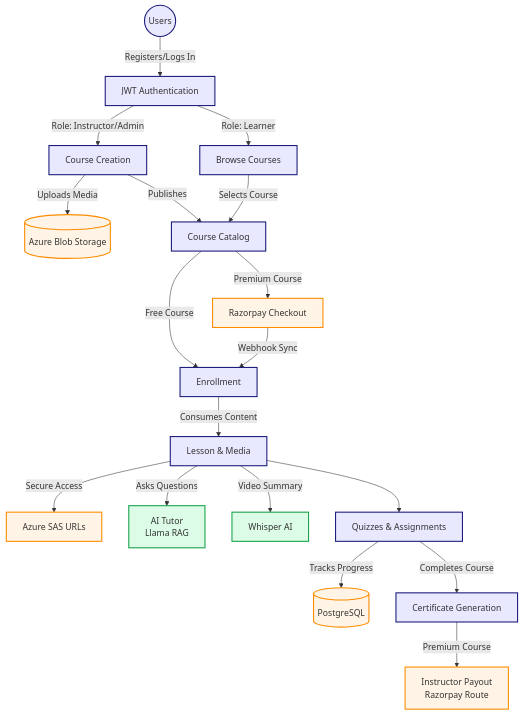
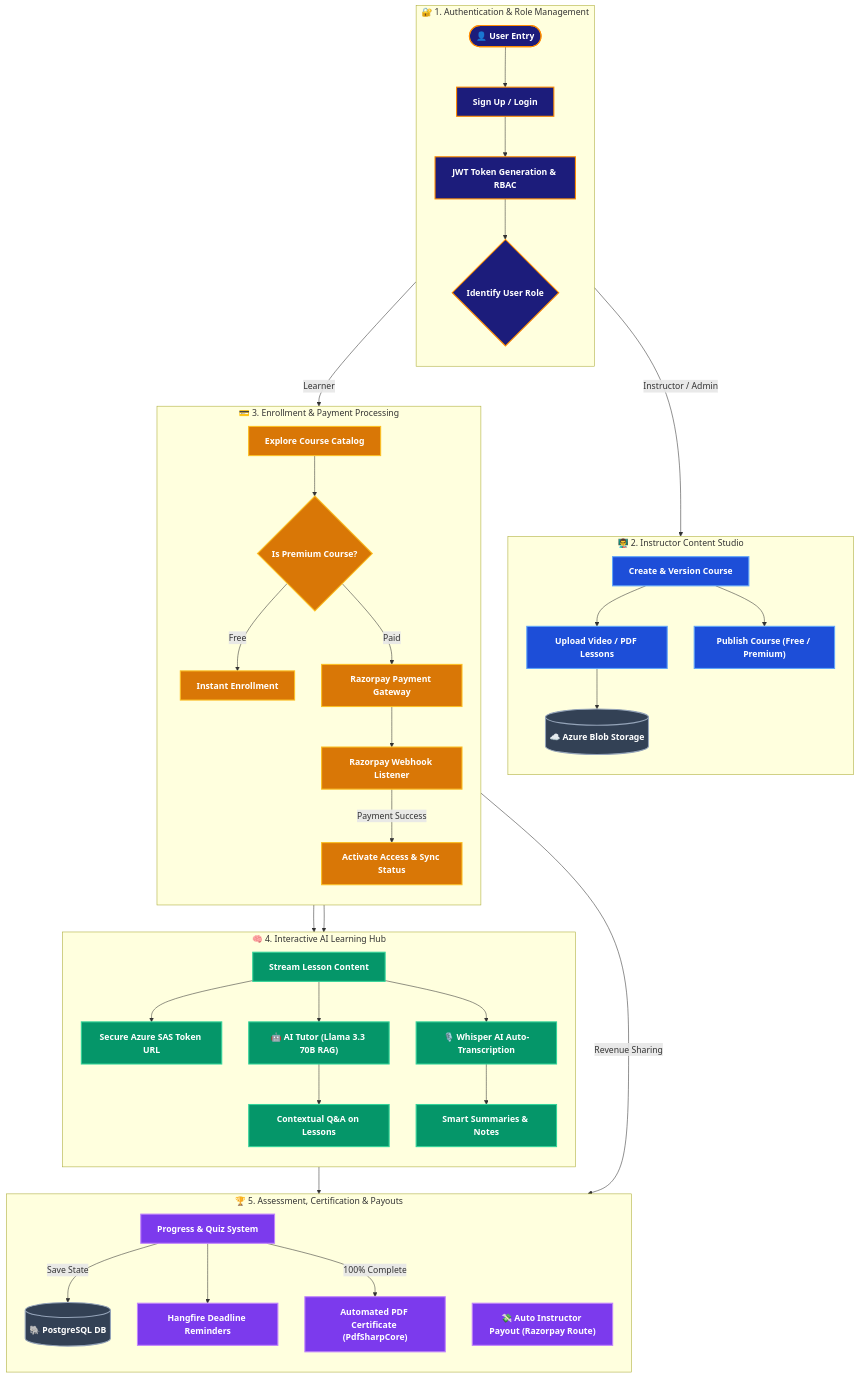
The diagram in README.md (vigneshwaranbalamurugan/Learning-Management-System), drawn with Mermaid before and after one commit. The commit also changed other lines of this file, not shown here.

````diff
--- a/README.md
+++ b/README.md
@@ -72,39 +70,66 @@
 ```mermaid
-graph TD
-    %% User Roles
-    U((Users)) -->|Registers/Logs In| Auth[JWT Authentication]
-    Auth -->|Role: Instructor/Admin| IC[Course Creation]
-    Auth -->|Role: Learner| L[Browse Courses]
-    
-    %% Instructor Flow
-    IC -->|Uploads Media| AzureBlob[(Azure Blob Storage)]
-    IC -->|Publishes| CourseCatalog[Course Catalog]
-    
-    %% Learner Flow
-    L -->|Selects Course| CourseCatalog
-    CourseCatalog -->|Free Course| E[Enrollment]
-    CourseCatalog -->|Premium Course| Payment[Razorpay Checkout]
-    Payment -->|Webhook Sync| E
-    
-    %% Learning Experience
-    E -->|Consumes Content| Lesson[Lesson & Media]
-    Lesson -->|Secure Access| SAS[Azure SAS URLs]
-    Lesson -->|Asks Questions| AI[AI Tutor <br/>Llama RAG]
-    Lesson -->|Video Summary| Whisper[Whisper AI]
-    
-    %% Assessments & Completion
-    Lesson --> Quiz[Quizzes & Assignments]
-    Quiz -->|Tracks Progress| DB[(PostgreSQL)]
-    Quiz -->|Completes Course| Cert[Certificate Generation]
-    
-    %% Payouts
-    Cert -->|Premium Course| Payout[Instructor Payout <br/>Razorpay Route]
-    
-    classDef primary fill:#E8E8FF,stroke:#1C1C7B,stroke-width:2px;
-    classDef secondary fill:#FFF4E6,stroke:#FF8C00,stroke-width:2px;
-    classDef external fill:#DCFCE7,stroke:#16A34A,stroke-width:2px;
-    
-    class U,Auth,L,IC,CourseCatalog,E,Lesson,Quiz,Cert primary;
-    class Payment,Payout,AzureBlob,SAS,DB secondary;
-    class AI,Whisper external;
+flowchart TB
+    %% Subgraph 1: User Onboarding & Auth
+    subgraph SG_Auth["🔐 1. Authentication & Role Management"]
+        direction TB
+        User(["👤 User Entry"]) --> Reg["Sign Up / Login"]
+        Reg --> JWT["JWT Token Generation & RBAC"]
+        JWT --> RoleCheck{"Identify User Role"}
+    end
+
+    %% Subgraph 2: Instructor Workflow
+    subgraph SG_Instructor["👨‍🏫 2. Instructor Content Studio"]
+        direction TB
+        RoleCheck -->|Instructor / Admin| CourseDraft["Create & Version Course"]
+        CourseDraft --> UploadMedia["Upload Video / PDF Lessons"]
+        UploadMedia --> AzureBlob[("☁️ Azure Blob Storage")]
+        CourseDraft --> Publish["Publish Course (Free / Premium)"]
+    end
+
+    %% Subgraph 3: Learner Catalog & Payments
+    subgraph SG_Payment["💳 3. Enrollment & Payment Processing"]
+        direction TB
+        RoleCheck -->|Learner| Browse["Explore Course Catalog"]
+        Browse --> CheckType{"Is Premium Course?"}
+        CheckType -->|Free| DirectEnroll["Instant Enrollment"]
+        CheckType -->|Paid| Razorpay["Razorpay Payment Gateway"]
+        Razorpay --> Webhook["Razorpay Webhook Listener"]
+        Webhook -->|Payment Success| PaidEnroll["Activate Access & Sync Status"]
+    end
+
+    %% Subgraph 4: AI-Powered Learning Hub
+    subgraph SG_Learning["🧠 4. Interactive AI Learning Hub"]
+        direction TB
+        DirectEnroll & PaidEnroll --> Stream["Stream Lesson Content"]
+        Stream --> SAS["Secure Azure SAS Token URL"]
+        Stream --> AITutor["🤖 AI Tutor (Llama 3.3 70B RAG)"]
+        Stream --> AIWhisper["🎙️ Whisper AI Auto-Transcription"]
+        AITutor --> ContextQA["Contextual Q&A on Lessons"]
+        AIWhisper --> SmartSummary["Smart Summaries & Notes"]
+    end
+
+    %% Subgraph 5: Progress, Certs & Revenue Share
+    subgraph SG_Completion["🏆 5. Assessment, Certification & Payouts"]
+        direction TB
+        Stream --> Track["Progress & Quiz System"]
+        Track -->|Save State| DB[("🐘 PostgreSQL DB")]
+        Track --> Reminders["Hangfire Deadline Reminders"]
+        Track -->|100% Complete| CertGen["Automated PDF Certificate (PdfSharpCore)"]
+        PaidEnroll -->|Revenue Sharing| Payouts["💸 Auto Instructor Payout (Razorpay Route)"]
+    end
+
+    %% High-contrast explicit styling for maximum readability on Light & Dark themes
+    classDef authStyle fill:#1C1C7B,color:#FFFFFF,stroke:#FF8C00,stroke-width:2px,font-weight:bold;
+    classDef instructorStyle fill:#1D4ED8,color:#FFFFFF,stroke:#60A5FA,stroke-width:2px,font-weight:bold;
+    classDef paymentStyle fill:#D97706,color:#FFFFFF,stroke:#FBBF24,stroke-width:2px,font-weight:bold;
+    classDef aiStyle fill:#059669,color:#FFFFFF,stroke:#34D399,stroke-width:2px,font-weight:bold;
+    classDef completeStyle fill:#7C3AED,color:#FFFFFF,stroke:#C084FC,stroke-width:2px,font-weight:bold;
+    classDef dbStyle fill:#334155,color:#FFFFFF,stroke:#94A3B8,stroke-width:2px,font-weight:bold;
+
+    class User,Reg,JWT,RoleCheck authStyle;
+    class CourseDraft,UploadMedia,Publish instructorStyle;
+    class Browse,CheckType,DirectEnroll,Razorpay,Webhook,PaidEnroll paymentStyle;
+    class Stream,SAS,AITutor,AIWhisper,ContextQA,SmartSummary aiStyle;
+    class Track,Reminders,CertGen,Payouts completeStyle;
+    class AzureBlob,DB dbStyle;
 ```
````
